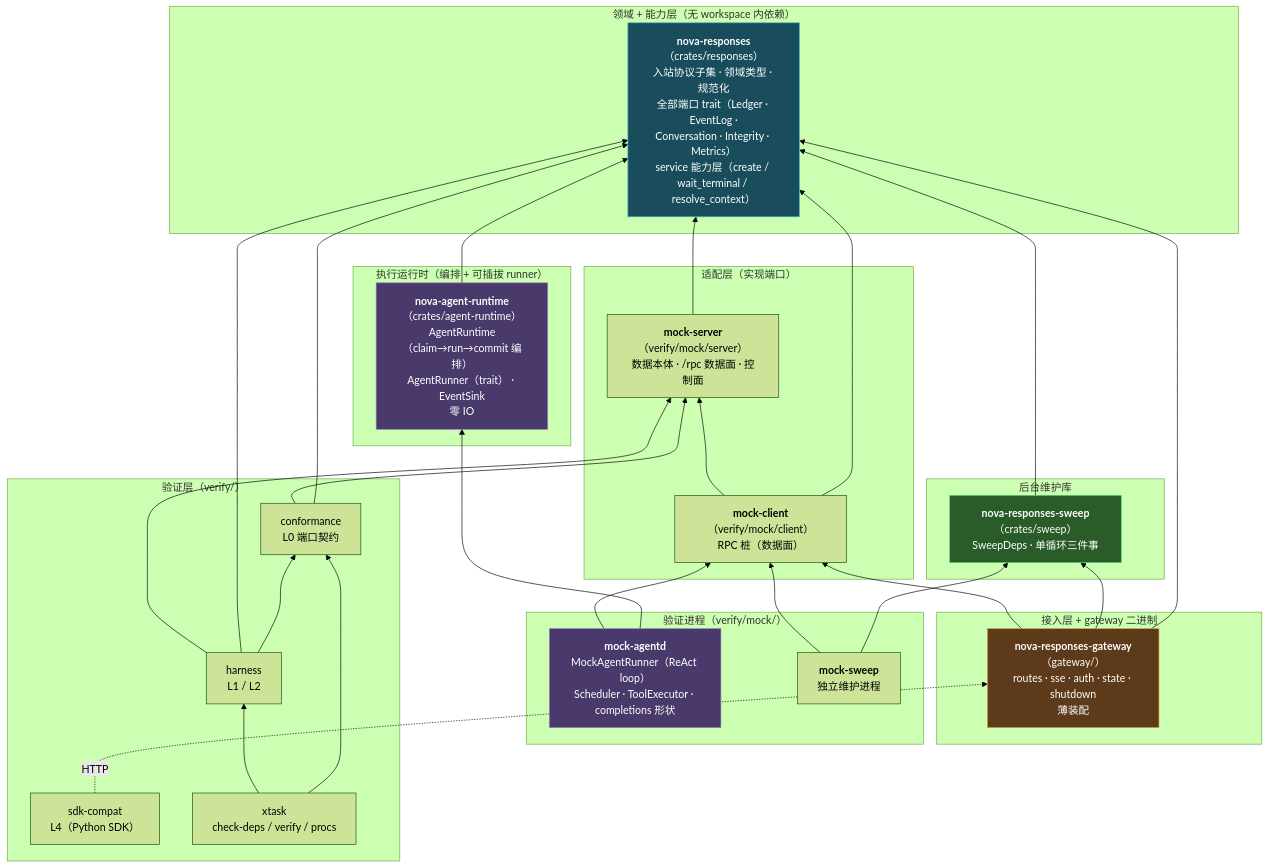
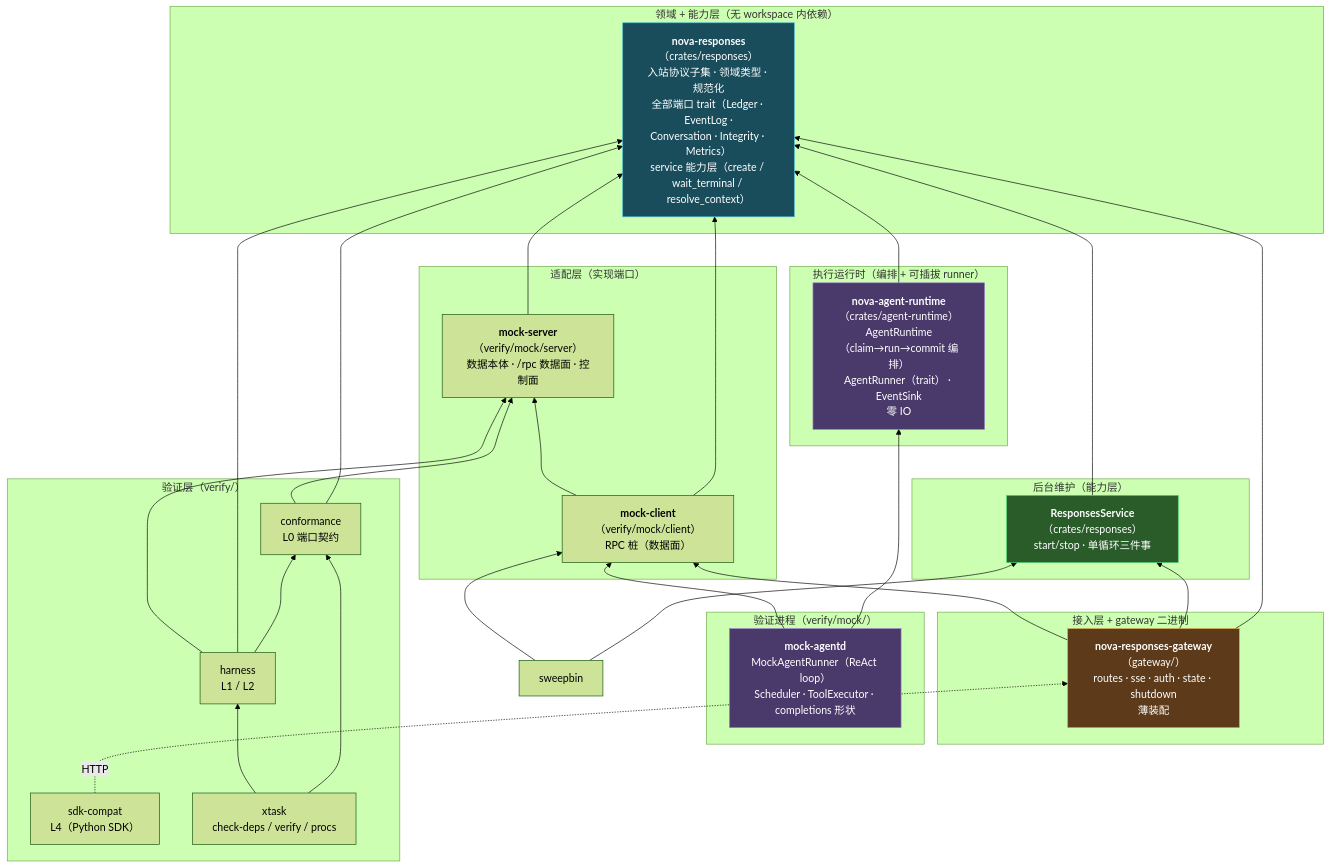
Before and after one commit to charleslyh/nova-chat: the first of 8 diagrams in docs/design/00-architecture-review.md, drawn with Mermaid (forest theme). The commit also changed other lines of this file and 122 other files, not shown here.

````diff
--- a/docs/design/00-architecture-review.md
+++ b/docs/design/00-architecture-review.md
@@ -62,64 +62,63 @@
 ```mermaid
 %%{init: {"flowchart": {"curve": "basis"}} }%%
 
 graph BT
     subgraph L0["领域 + 能力层（无 workspace 内依赖）"]
         core["<b>nova-responses</b>（crates/responses）<br/>入站协议子集 · 领域类型 · 规范化<br/>全部端口 trait（Ledger · EventLog ·<br/>Conversation · Integrity · Metrics）<br/>service 能力层（create / wait_terminal / resolve_context）"]
     end
 
     subgraph L1["适配层（实现端口）"]
         mem["<b>mock-server</b>（verify/mock/server）<br/>数据本体 · /rpc 数据面 · 控制面"]
         memclient["<b>mock-client</b>（verify/mock/client）<br/>RPC 桩（数据面）"]
     end
 
     subgraph L2["执行运行时（编排 + 可插拔 runner）"]
         agent["<b>nova-agent-runtime</b>（crates/agent-runtime）<br/>AgentRuntime（claim→run→commit 编排）<br/>AgentRunner（trait） · EventSink<br/>零 IO"]
     end
 
-    subgraph MAINT["后台维护库"]
-        sweeplib["<b>nova-responses-sweep</b>（crates/sweep）<br/>SweepDeps · 单循环三件事"]
+    subgraph MAINT["后台维护（能力层）"]
+        sweeplib["<b>ResponsesService</b>（crates/responses）<br/>start/stop · 单循环三件事"]
     end
 
     subgraph GWCRATE["接入层 + gateway 二进制"]
         gw["<b>nova-responses-gateway</b>（gateway/）<br/>routes · sse · auth · state · shutdown<br/>薄装配"]
     end
 
     subgraph MOCK["验证进程（verify/mock/）"]
         agentd["<b>mock-agentd</b><br/>MockAgentRunner（ReAct loop）<br/>Scheduler · ToolExecutor · completions 形状"]
-        sweepbin["<b>mock-sweep</b><br/>独立维护进程"]
     end
 
     subgraph T["验证层（verify/）"]
         conf["conformance<br/>L0 端口契约"]
         harn["harness<br/>L1 / L2"]
         sdk["sdk-compat<br/>L4（Python SDK）"]
         xt["xtask<br/>check-deps / verify / procs"]
     end
 
     mem --> core
     memclient --> core
     memclient --> mem
     agent --> core
     sweeplib --> core
     agentd --> agent
     agentd --> memclient
     gw --> core
     gw --> sweeplib
     gw --> memclient
     sweepbin --> sweeplib
     sweepbin --> memclient
     conf --> core
     conf --> mem
     harn --> conf
     harn --> core
     harn --> mem
     xt --> conf
     xt --> harn
     sdk -.->|"HTTP"| gw
 
     style core fill:#1a4d5c,stroke:#4db8d4,color:#fff
     style agent fill:#4a3a6b,stroke:#9b7fc7,color:#fff
     style agentd fill:#4a3a6b,stroke:#9b7fc7,color:#fff
     style gw fill:#5c3a1a,stroke:#d4a04d,color:#fff
     style sweeplib fill:#2a5c2a,stroke:#4dd47a,color:#fff
 ```
````
